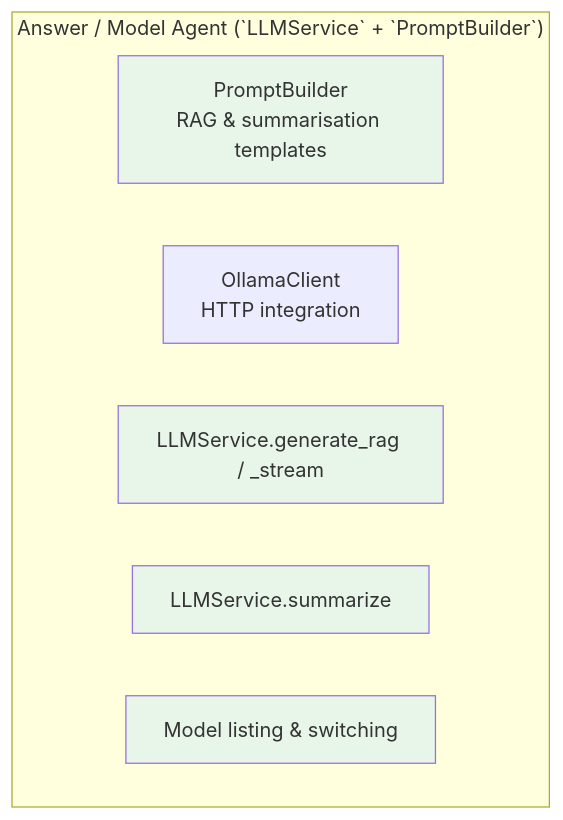
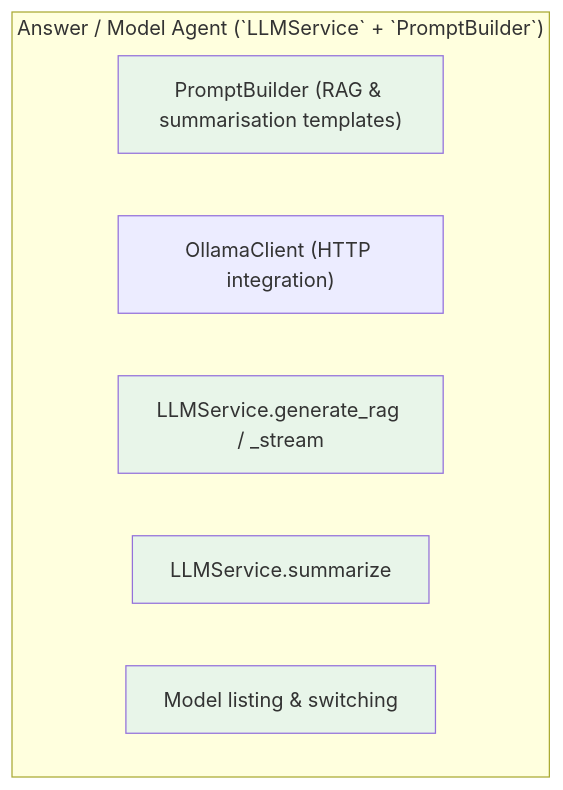
Before and after one commit to hanhhn/simple-agentic-rag-system: the fifth of 6 diagrams in docs/01-agentic-rag-c4-model.md, drawn with Mermaid. The commit also changed other lines of this file and 7 other files, not shown here.

````diff
--- a/docs/01-agentic-rag-c4-model.md
+++ b/docs/01-agentic-rag-c4-model.md
@@ -229,15 +229,15 @@
 ```mermaid
 flowchart TB
     subgraph AnswerAgent["Answer / Model Agent (`LLMService` + `PromptBuilder`)"]
-        PromptBuilder[PromptBuilder<br/>RAG & summarisation templates]
-        LLMClient[OllamaClient<br/>HTTP integration]
+        PromptBuilder["PromptBuilder (RAG & summarisation templates)"]
+        LLMClient["OllamaClient (HTTP integration)"]
         RAGWrapper[LLMService.generate_rag / _stream]
         Summarizer[LLMService.summarize]
         ModelManager[Model listing & switching]
     end
 
     style PromptBuilder fill:#e8f5e9
     style RAGWrapper fill:#e8f5e9
     style Summarizer fill:#e8f5e9
     style ModelManager fill:#e8f5e9
 ```
````
